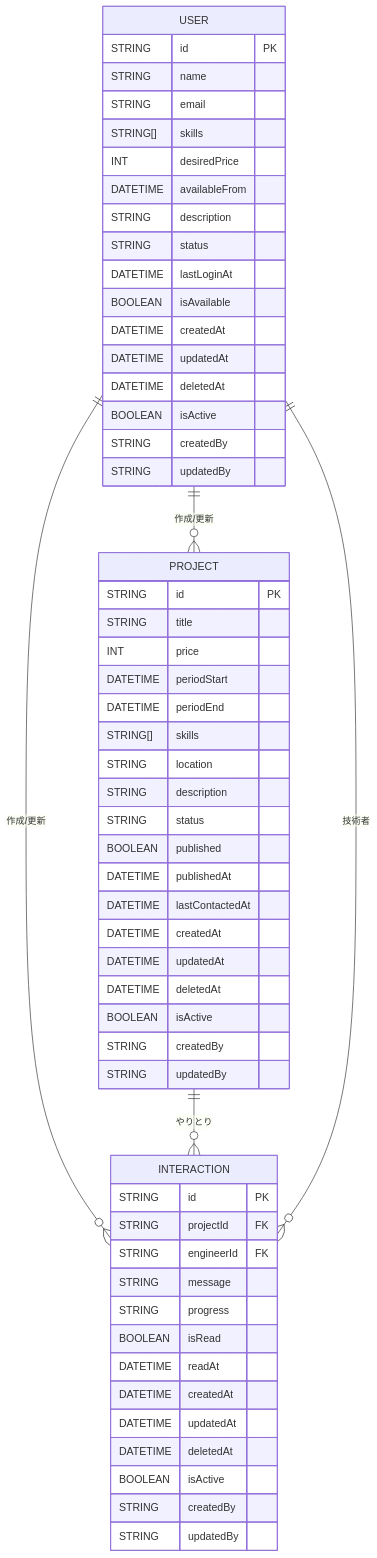
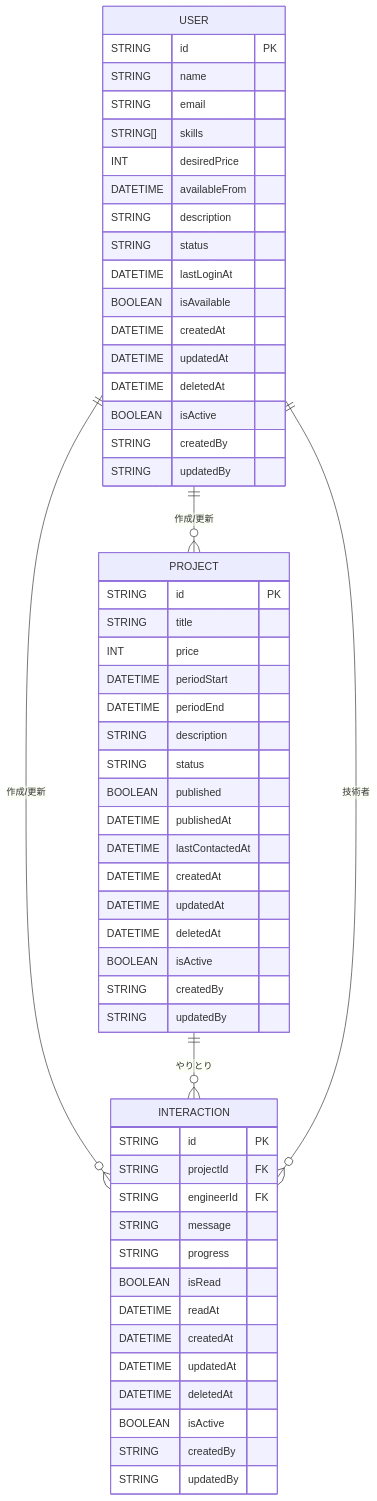
One commit to jaganoer-works/ses-portal changed the diagram in datamodel.md. Above: the diagram before and after it, drawn with Mermaid. The commit also changed other lines of this file, not shown here.

````diff
--- a/datamodel.md
+++ b/datamodel.md
@@ -7,63 +7,61 @@
 ```mermaid
 erDiagram
     USER {
       STRING id PK
       STRING name
       STRING email
       STRING[] skills
       INT desiredPrice
       DATETIME availableFrom
       STRING description
       STRING status
       DATETIME lastLoginAt
       BOOLEAN isAvailable
       DATETIME createdAt
       DATETIME updatedAt
       DATETIME deletedAt
       BOOLEAN isActive
       STRING createdBy
       STRING updatedBy
     }
 
     PROJECT {
       STRING id PK
       STRING title
       INT price
       DATETIME periodStart
       DATETIME periodEnd
-      STRING[] skills
-      STRING location
       STRING description
       STRING status
       BOOLEAN published
       DATETIME publishedAt
       DATETIME lastContactedAt
       DATETIME createdAt
       DATETIME updatedAt
       DATETIME deletedAt
       BOOLEAN isActive
       STRING createdBy
       STRING updatedBy
     }
 
     INTERACTION {
       STRING id PK
       STRING projectId FK
       STRING engineerId FK
       STRING message
       STRING progress
       BOOLEAN isRead
       DATETIME readAt
       DATETIME createdAt
       DATETIME updatedAt
       DATETIME deletedAt
       BOOLEAN isActive
       STRING createdBy
       STRING updatedBy
     }
 
     USER ||--o{ PROJECT : "作成/更新"
     USER ||--o{ INTERACTION : "作成/更新"
     PROJECT ||--o{ INTERACTION : "やりとり"
     USER ||--o{ INTERACTION : "技術者"
 ```
````
